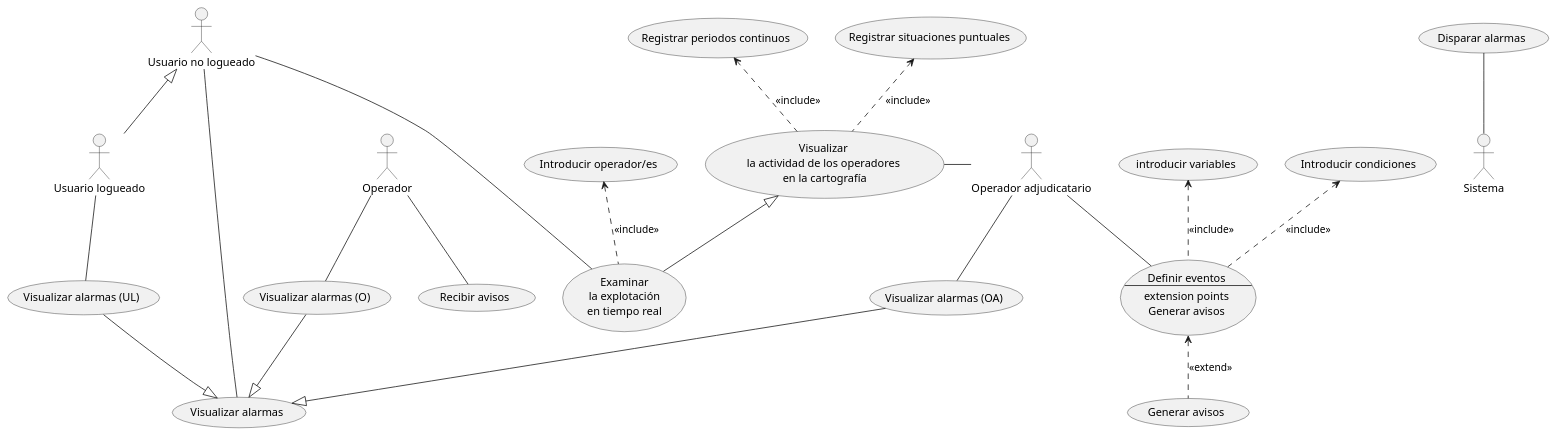
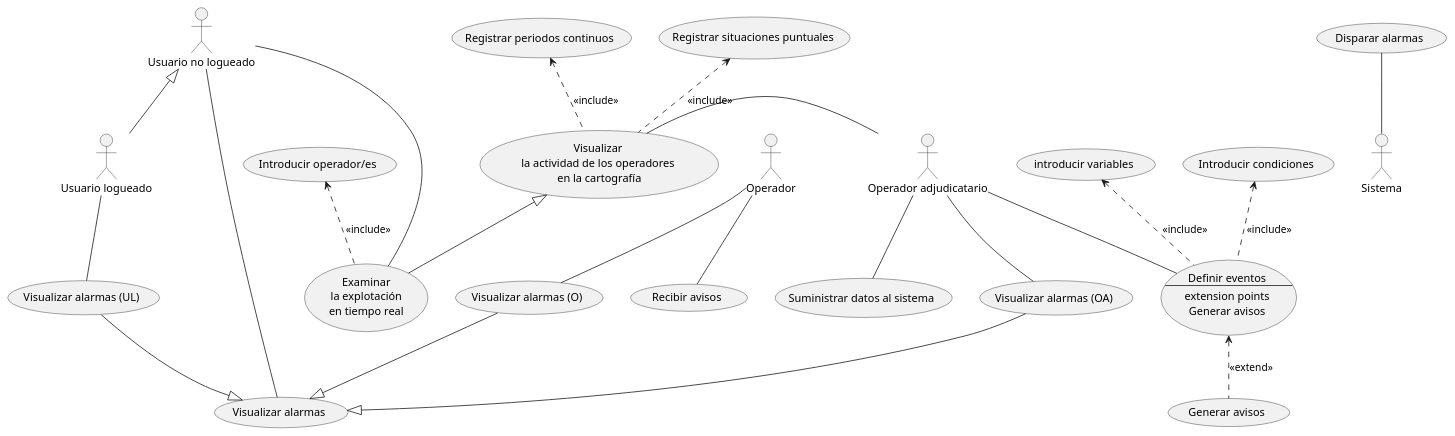
The diagram in Proyecto/source/Sistema de Informacion.puml (cgg734/INRE-UAL-MORADO-2022-2023), drawn with PlantUML before and after one commit.

Commit message:
ultima subida Sistema de la informacion

```diff
--- a/Proyecto/source/Sistema de Informacion.puml
+++ b/Proyecto/source/Sistema de Informacion.puml
@@ -1,41 +1,42 @@
 @startuml Sistema de infirmacion
 actor OA as "Operador adjudicatario"
 actor Operador
 actor UR as "Usuario logueado"
 actor UNR as "Usuario no logueado"
 usecase (Visualizar \nla actividad de los operadores \nen la cartografía) as VisualAct
 OA-left-VisualAct
 (Registrar situaciones puntuales)<..VisualAct : <<include>>
 (Registrar periodos continuos)<..VisualAct : <<include>>
 usecase (Visualizar alarmas UR) as "Visualizar alarmas (UL)"
 usecase (Visualizar alarmas OA) as "Visualizar alarmas (OA)"
 usecase (Visualizar alarmas O) as "Visualizar alarmas (O)"
 usecase (Visualizar alarmas)
 usecase (Recibir avisos)
 usecase DE as "Definir eventos 
 --
 extension points
 Generar avisos"
 
 usecase (Generar avisos) as GA
 usecase EX as "Examinar 
 la explotación
 en tiempo real"
 OA--(Visualizar alarmas OA)
 UR--(Visualizar alarmas UR)
 Operador--(Visualizar alarmas O)
 (Visualizar alarmas O)--|>(Visualizar alarmas)
 (Visualizar alarmas OA)--|>(Visualizar alarmas)
 (Visualizar alarmas UR)--|>(Visualizar alarmas)
 Operador--(Recibir avisos)
 OA--DE
 (introducir variables)<..DE : <<include>> 
 (Introducir condiciones)<..DE : <<include>>
 DE<..GA : <<extend>>
 UNR--EX
 VisualAct<|--EX
 (Introducir operador/es)<..EX : <<include>>
 UNR-right-(Visualizar alarmas)
 UNR<|--UR
 (Disparar alarmas)--Sistema
+OA--(Suministrar datos al sistema)
 @enduml
```
